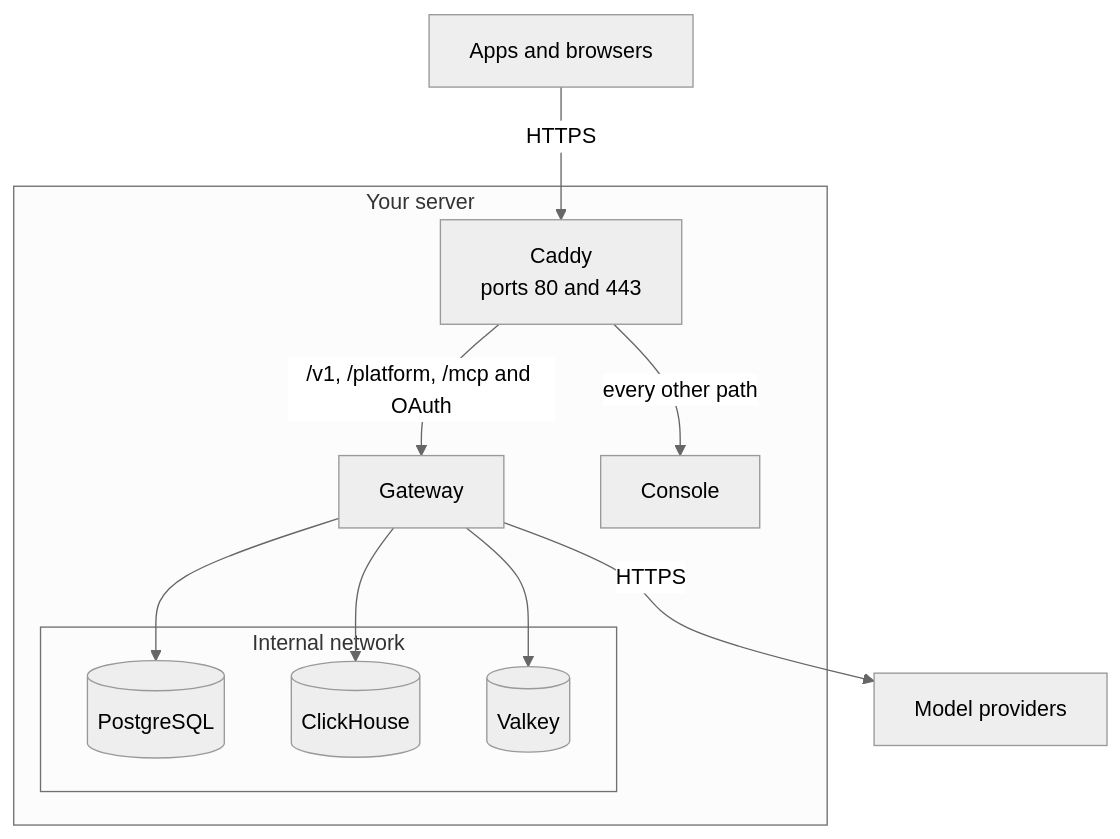
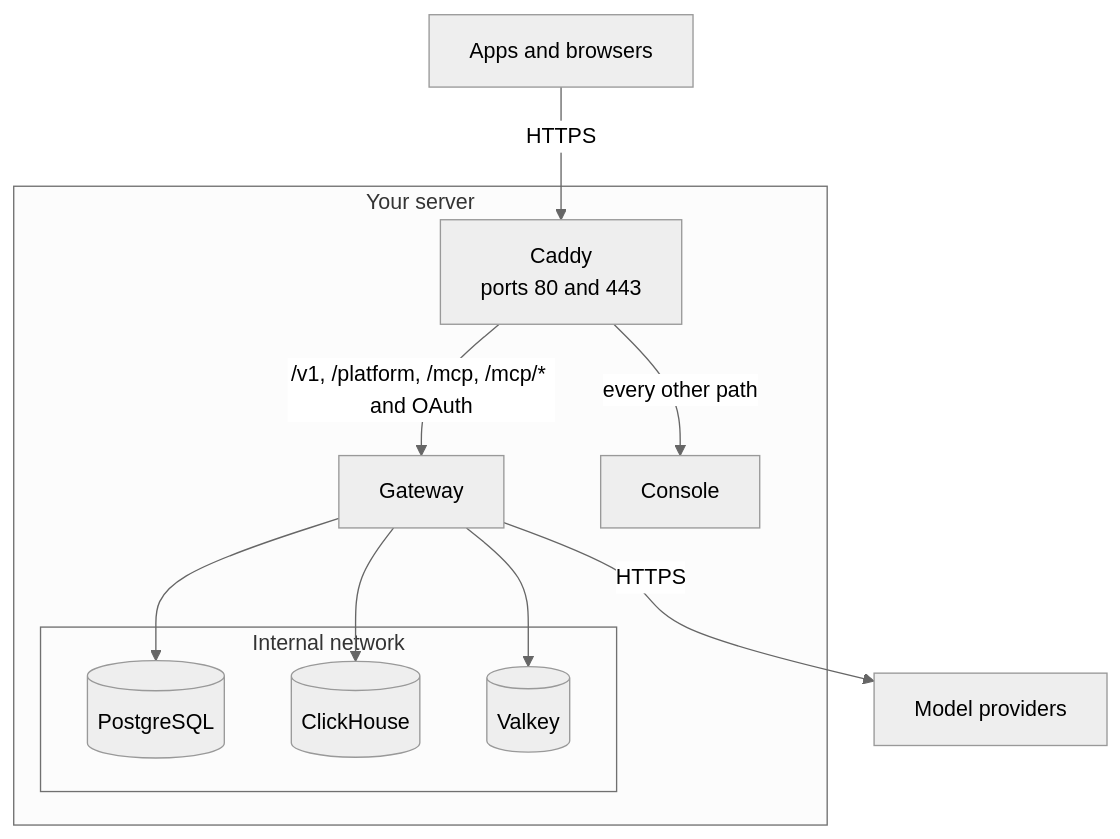
One commit to logicplanes/kaeso changed the diagram in apps/docs/content/en/self-hosting/how-it-works.md. Above: the diagram before and after it, drawn with Mermaid (neutral theme). The commit also changed 72 other files, not shown here.

````diff
--- a/apps/docs/content/en/self-hosting/how-it-works.md
+++ b/apps/docs/content/en/self-hosting/how-it-works.md
@@ -10,22 +10,22 @@
 ```mermaid
 flowchart TD
   accTitle: The services of a Kaeso install
   accDescr: Apps and browsers reach the install only through Caddy, on ports 80 and 443. Caddy sends /v1, /platform, the MCP server and its OAuth sign-in to the gateway and every other path to the console. PostgreSQL, ClickHouse and Valkey sit on an internal network that only the gateway reaches, and the gateway calls the model providers over HTTPS.
   clients[Apps and browsers]:::outside
   subgraph server [Your server]
     caddy[Caddy<br>ports 80 and 443]
     gateway[Gateway]:::accent
     console[Console]
     subgraph data [Internal network]
       postgres[(PostgreSQL)]
       clickhouse[(ClickHouse)]
       valkey[(Valkey)]
     end
   end
   providers[Model providers]:::outside
   clients -- HTTPS --> caddy
-  caddy -- /v1, /platform, /mcp and OAuth --> gateway
+  caddy -- /v1, /platform, /mcp, /mcp/* and OAuth --> gateway
   caddy -- every other path --> console
   gateway --> postgres & clickhouse & valkey
   gateway -- HTTPS --> providers
 ```
````
